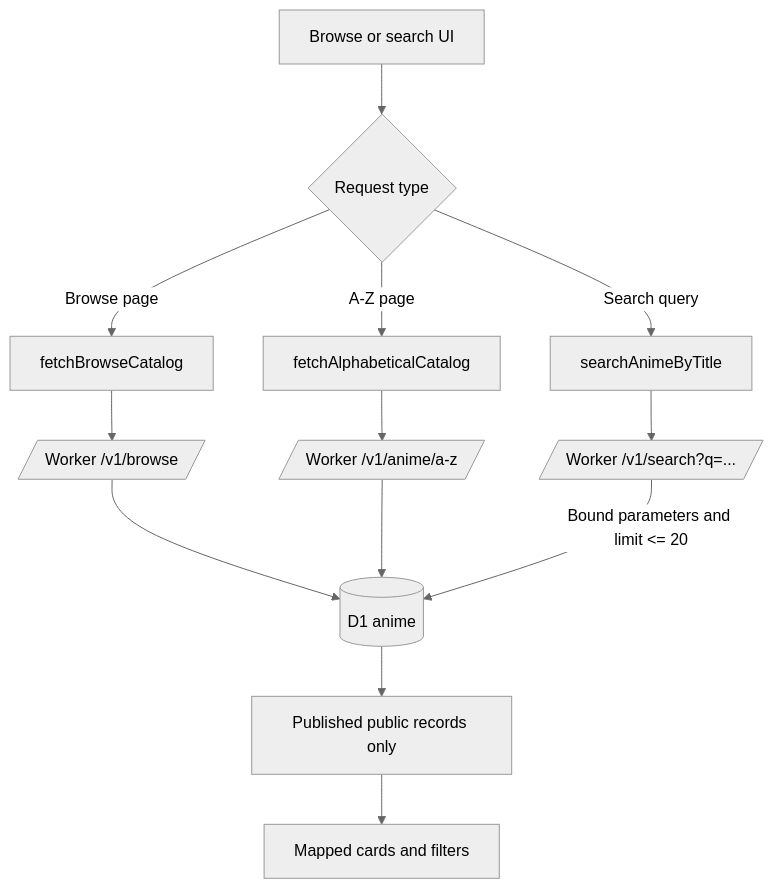
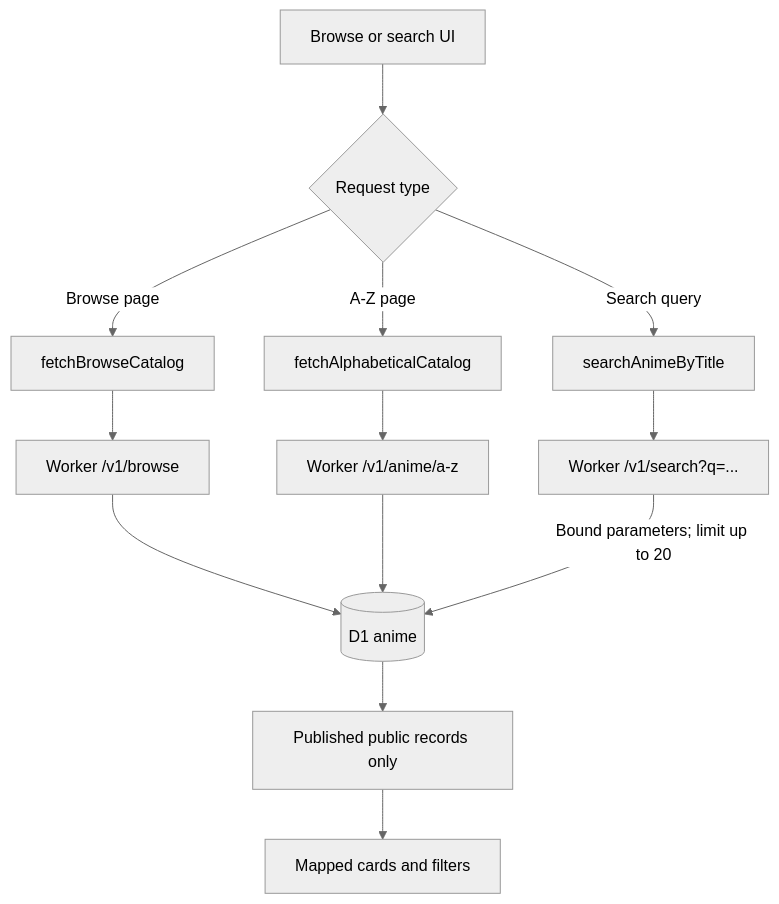
The third of 8 diagrams in README.md (xyrusL/rioanimeplay), drawn with Mermaid (neutral theme) before and after one commit. The commit also changed other lines of this file, not shown here.

Commit message:
Fix README Mermaid diagrams

````diff
--- a/README.md
+++ b/README.md
@@ -118,15 +118,15 @@
 ```mermaid
 flowchart TD
-    B[Browse or search UI] --> Q{Request type}
-    Q -->|Browse page| BR[fetchBrowseCatalog]
-    Q -->|A-Z page| AZ[fetchAlphabeticalCatalog]
-    Q -->|Search query| SE[searchAnimeByTitle]
-    BR --> WB[/Worker /v1/browse/]
-    AZ --> WA[/Worker /v1/anime/a-z/]
-    SE --> WS[/Worker /v1/search?q=.../]
-    WB --> DB[(D1 anime)]
+    B["Browse or search UI"] --> Q{"Request type"}
+    Q -->|"Browse page"| BR["fetchBrowseCatalog"]
+    Q -->|"A-Z page"| AZ["fetchAlphabeticalCatalog"]
+    Q -->|"Search query"| SE["searchAnimeByTitle"]
+    BR --> WB["Worker /v1/browse"]
+    AZ --> WA["Worker /v1/anime/a-z"]
+    SE --> WS["Worker /v1/search?q=..."]
+    WB --> DB[("D1 anime")]
     WA --> DB
-    WS -->|Bound parameters and limit <= 20| DB
-    DB --> F[Published public records only]
-    F --> UI[Mapped cards and filters]
+    WS -->|"Bound parameters; limit up to 20"| DB
+    DB --> F["Published public records only"]
+    F --> UI["Mapped cards and filters"]
 ```
````
